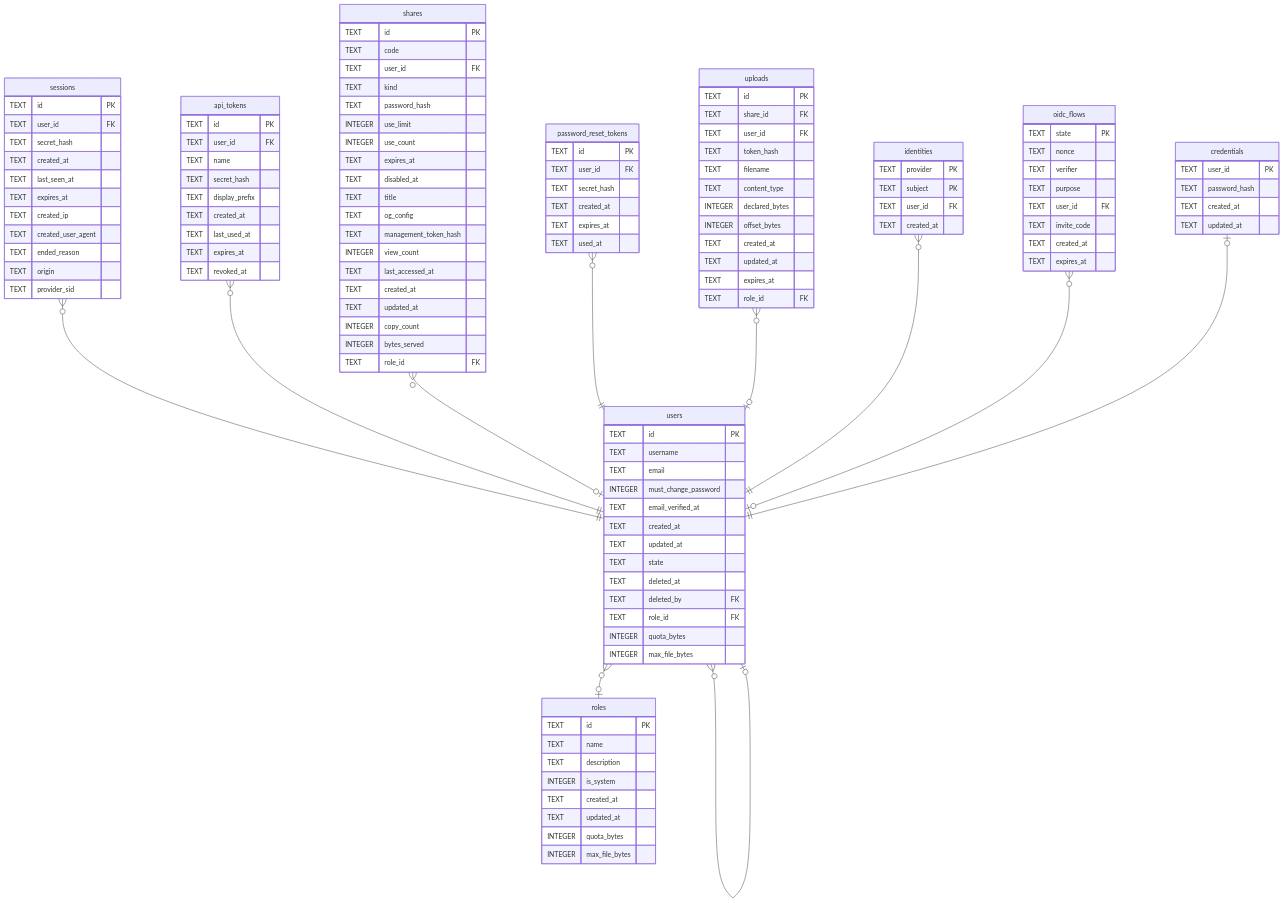
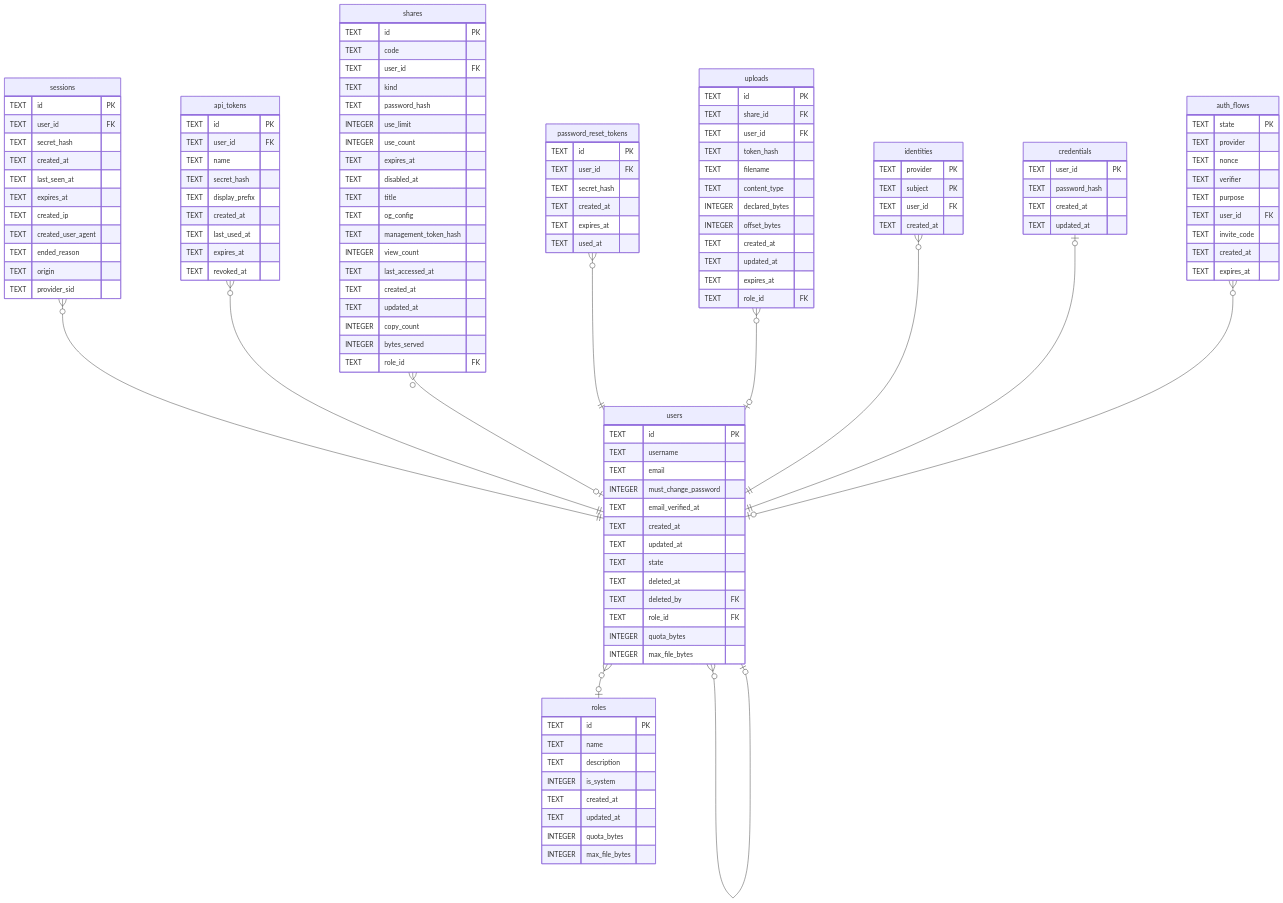
The diagram in docs/schema/users.md (Limatura/tessera), drawn with Mermaid before and after one commit. The commit also changed other lines of this file and 19 other files, not shown here.

First line of the commit message:
refactor(auth): 讓登入流程能容納不只一種 provider (#244)

```diff
--- a/docs/schema/users.md
+++ b/docs/schema/users.md
@@ -75,8 +75,8 @@
 "password_reset_tokens" }o--|| "users" : ""
 "uploads" }o--o| "users" : ""
 "identities" }o--|| "users" : ""
-"oidc_flows" }o--o| "users" : ""
 "credentials" |o--|| "users" : ""
+"auth_flows" }o--o| "users" : ""
 "users" }o--o| "roles" : ""
 
 "users" {
@@ -167,8 +167,15 @@
   TEXT user_id FK
   TEXT created_at
 }
-"oidc_flows" {
+"credentials" {
+  TEXT user_id PK
+  TEXT password_hash
+  TEXT created_at
+  TEXT updated_at
+}
+"auth_flows" {
   TEXT state PK
+  TEXT provider
   TEXT nonce
   TEXT verifier
   TEXT purpose
@@ -176,12 +183,6 @@
   TEXT invite_code
   TEXT created_at
   TEXT expires_at
-}
-"credentials" {
-  TEXT user_id PK
-  TEXT password_hash
-  TEXT created_at
-  TEXT updated_at
 }
 "roles" {
   TEXT id PK
```
